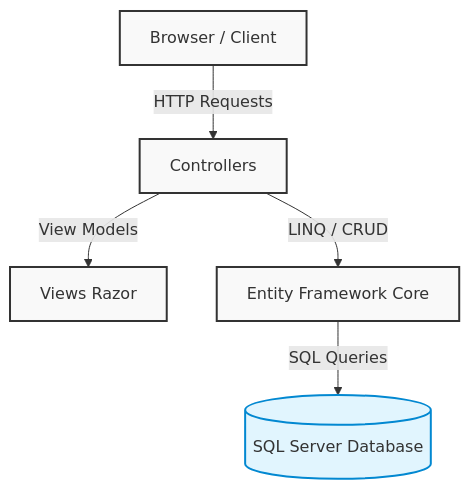
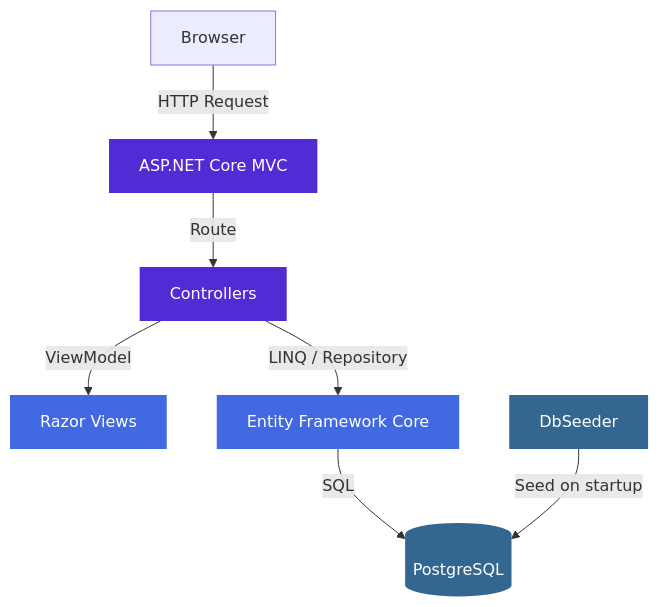
Before and after one commit to Aditya4860/LMS: the first of 2 diagrams in README.md, drawn with Mermaid. The commit also changed other lines of this file and 37 other files, not shown here.

Commit message:
docs: overhaul README with architecture diagrams, enhance CI workflow, and reorganize repository assets

````diff
--- a/README.md
+++ b/README.md
@@ -138,11 +112,16 @@
 ```mermaid
 graph TD
-    A[Browser / Client] -->|HTTP Requests| B[Controllers]
-    B -->|View Models| C[Views Razor]
-    B -->|LINQ / CRUD| D[Entity Framework Core]
-    D -->|SQL Queries| E[(SQL Server Database)]
-    
-    classDef default fill:#f9f9f9,stroke:#333,stroke-width:2px;
-    classDef database fill:#e1f5fe,stroke:#0288d1,stroke-width:2px;
-    class E database;
+    A[Browser] -->|HTTP Request| B[ASP.NET Core MVC]
+    B -->|Route| C[Controllers]
+    C -->|ViewModel| D[Razor Views]
+    C -->|LINQ / Repository| E[Entity Framework Core]
+    E -->|SQL| F[(PostgreSQL)]
+    G[DbSeeder] -->|Seed on startup| F
+
+    classDef primary fill:#512BD4,color:#fff,stroke:none
+    classDef secondary fill:#4169E1,color:#fff,stroke:none
+    classDef db fill:#336791,color:#fff,stroke:none
+    class B,C primary
+    class D,E secondary
+    class F,G db
 ```
````
